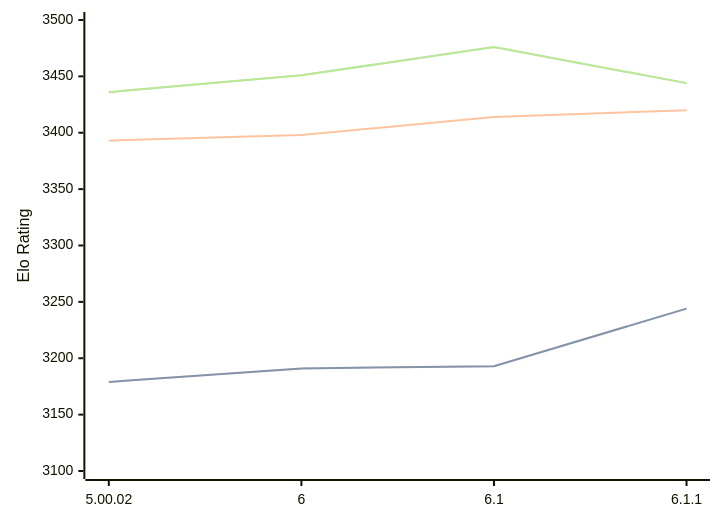
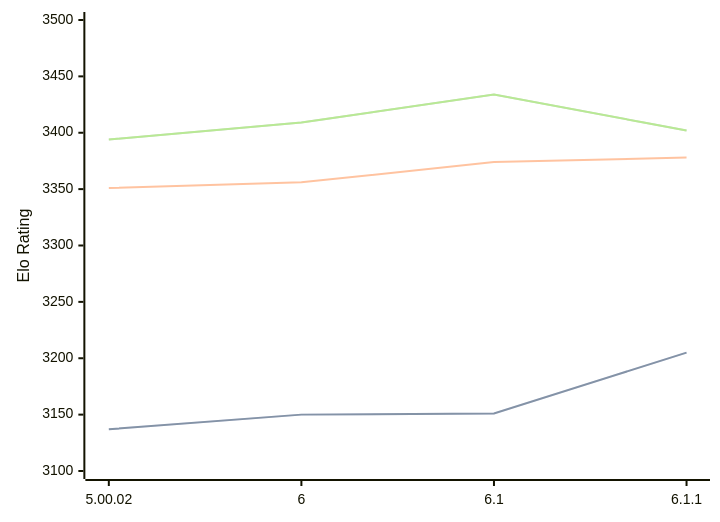
Before and after one commit to computer-chess-index/cci: the diagram in engines/Zangdar.md, drawn with Mermaid. The commit also changed other lines of this file, not shown here.

Commit message:
Update CCI Ratings (ELO VLTC) - 2026-05-19

````diff
--- a/engines/Zangdar.md
+++ b/engines/Zangdar.md
@@ -46,11 +46,11 @@
 ```mermaid
 %%{init: {"theme":"base","themeVariables":{"seriesColors:['#a3a3a3','#222221','#faa371']}}}%%
 xychart-beta
   x-axis ["5.00.02", "6", "6.1", "6.1.1"]
   y-axis "Elo Rating" 3100 --> 3500
-  line "STC (8.0+0.08s)" [3179, 3191, 3193, 3244]
-  line "STC (8.0+0.08s)" [3179, 3191, 3193, 3244]
-  line "LTC (60.0+0.60s)" [3393, 3398, 3414, 3420]
-  line "VLTC (2m24s+1.12s)" [3436, 3451, 3476, 3444]
-  line "VLTC (2m24s+1.12s)" [3436, 3451, 3476, 3444]
+  line "STC (8.0+0.08s)" [3137, 3150, 3151, 3205]
+  line "STC (8.0+0.08s)" [3137, 3150, 3151, 3205]
+  line "LTC (60.0+0.60s)" [3351, 3356, 3374, 3378]
+  line "VLTC (2m24s+1.12s)" [3394, 3409, 3434, 3402]
+  line "VLTC (2m24s+1.12s)" [3394, 3409, 3434, 3402]
 ```
````
